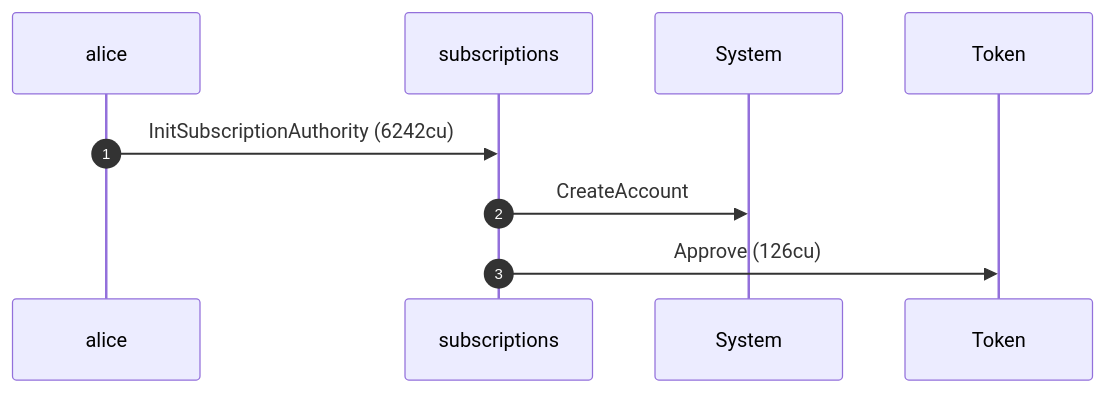
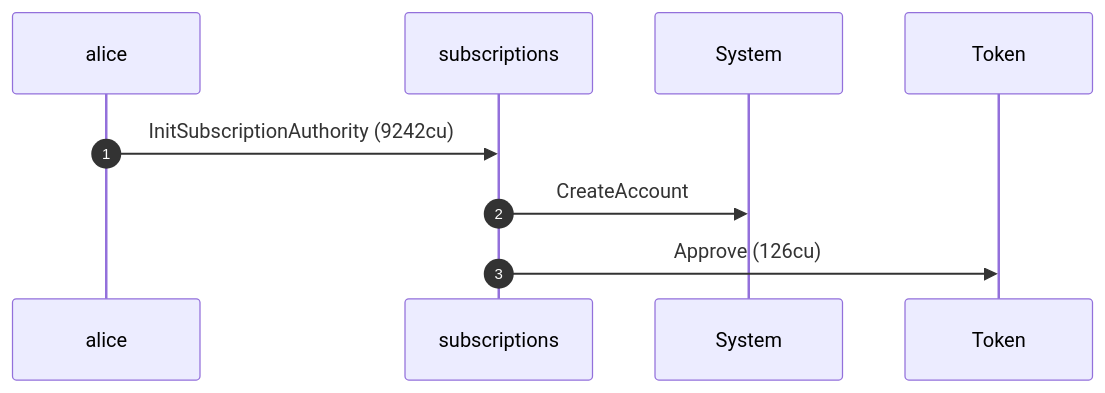
The first of 4 diagrams in dsl_tests/initialize-a-subscription-authority.md (cds-rs/subscriptions), drawn with Mermaid before and after one commit. The commit also changed other lines of this file and 224 other files, not shown here.

````diff
--- a/dsl_tests/initialize-a-subscription-authority.md
+++ b/dsl_tests/initialize-a-subscription-authority.md
@@ -24,11 +25,11 @@
 ```mermaid
 sequenceDiagram
     autonumber
     participant alice
     participant subscriptions
     participant System
     participant Token
-    alice ->> subscriptions: InitSubscriptionAuthority (6242cu)
+    alice ->> subscriptions: InitSubscriptionAuthority (9242cu)
     subscriptions ->> System: CreateAccount
     subscriptions ->> Token: Approve (126cu)
 ```
````
